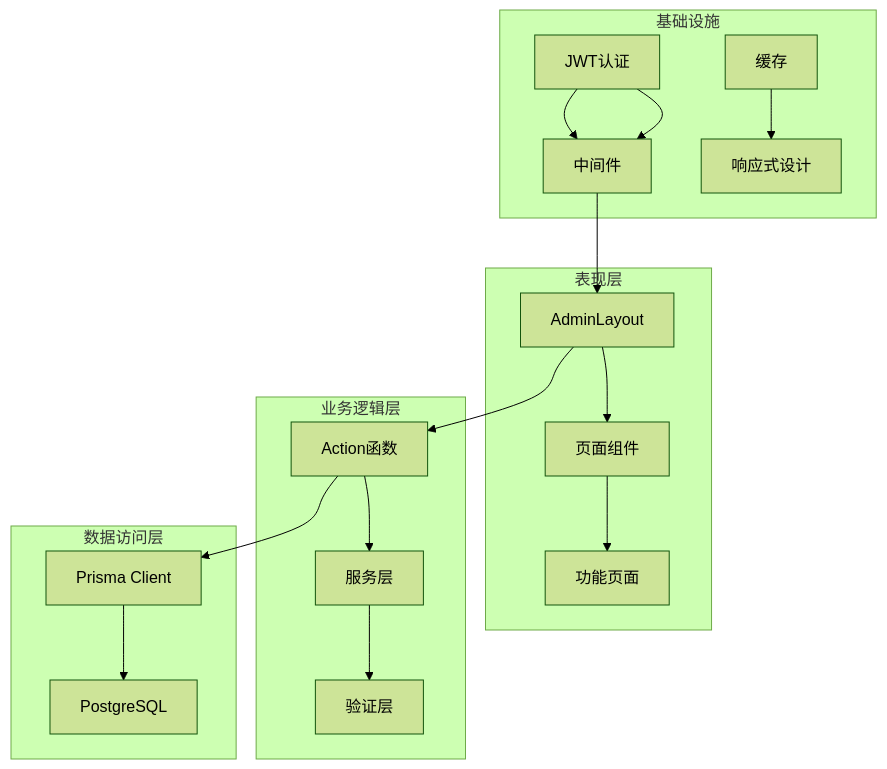
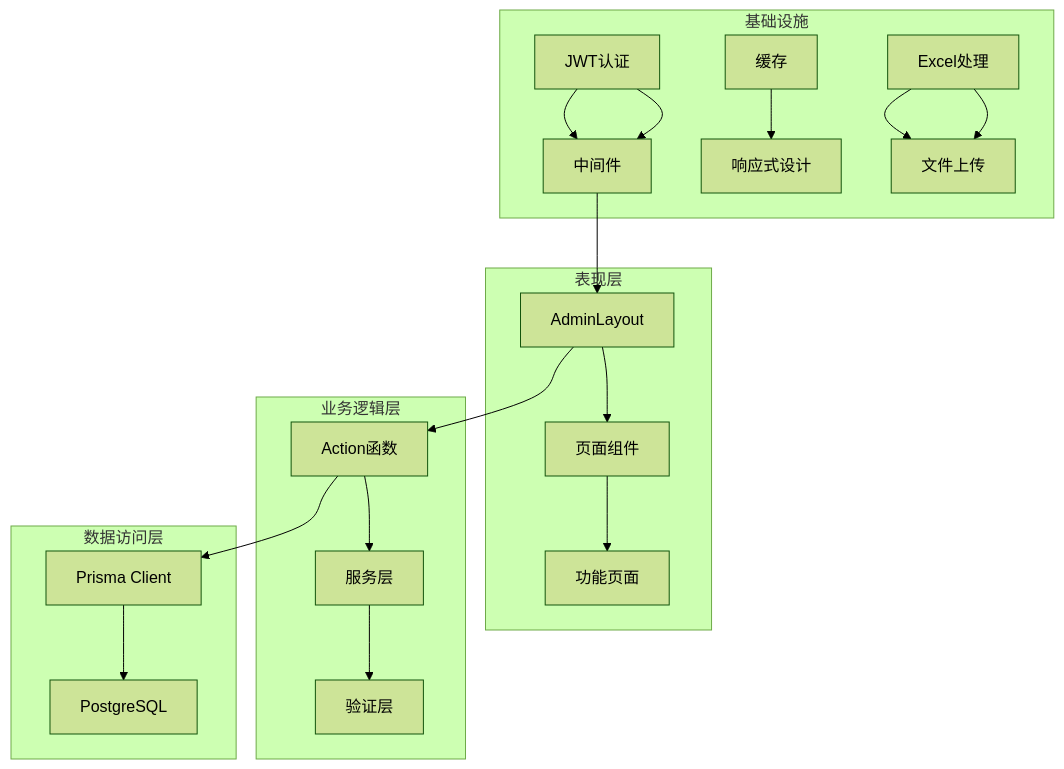
One commit to three3638-arch/celestia_2b changed the third of 11 diagrams in .qoder/repowiki/zh/content/管理后台系统/管理后台系统.md. Above: the diagram before and after it, drawn with Mermaid (forest theme). The commit also changed other lines of this file and 17 other files, not shown here.

````diff
--- a/.qoder/repowiki/zh/content/管理后台系统/管理后台系统.md
+++ b/.qoder/repowiki/zh/content/管理后台系统/管理后台系统.md
@@ -213,22 +220,24 @@
 ```mermaid
 graph TB
 subgraph "表现层"
 A[AdminLayout] --> B[页面组件]
 B --> C[功能页面]
 end
 subgraph "业务逻辑层"
 D[Action函数] --> E[服务层]
 E --> F[验证层]
 end
 subgraph "数据访问层"
 G[Prisma Client] --> H[PostgreSQL]
 end
 subgraph "基础设施"
 I[JWT认证] --> J[中间件]
 K[缓存] --> L[响应式设计]
+M[Excel处理] --> N[文件上传]
 end
 A --> D
 D --> G
 I --> J
 J --> A
+M --> N
 ```
````
